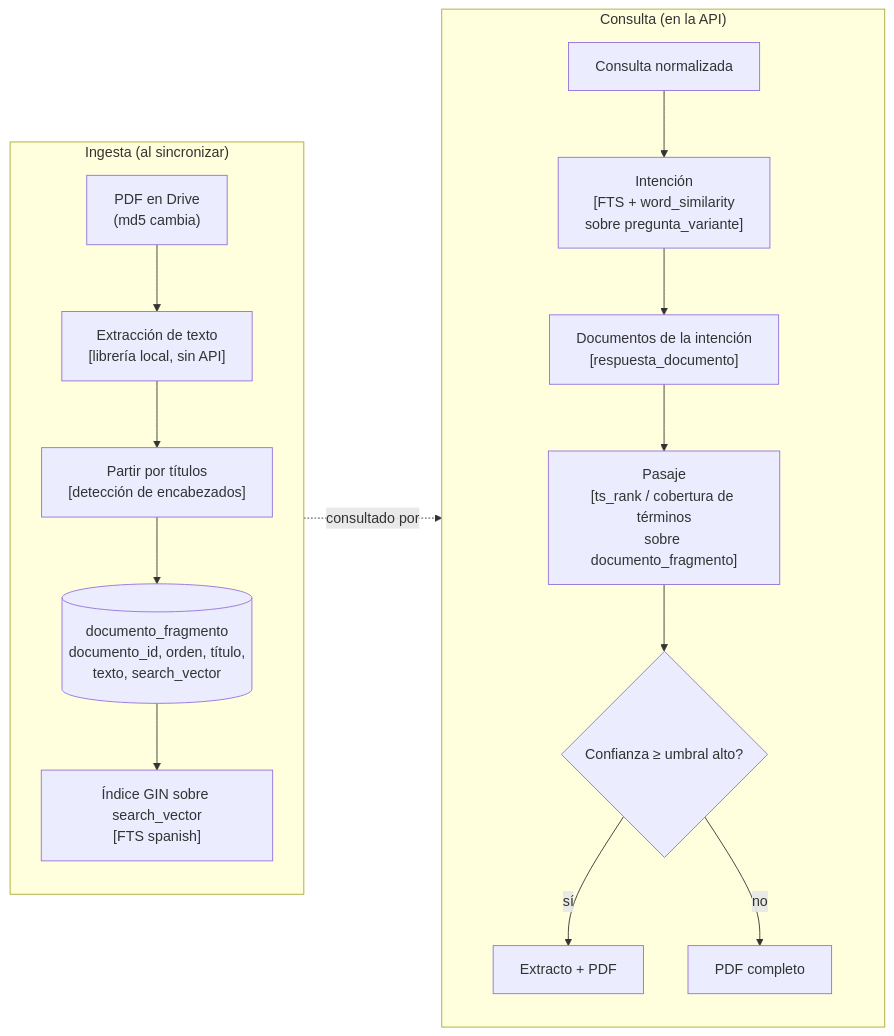
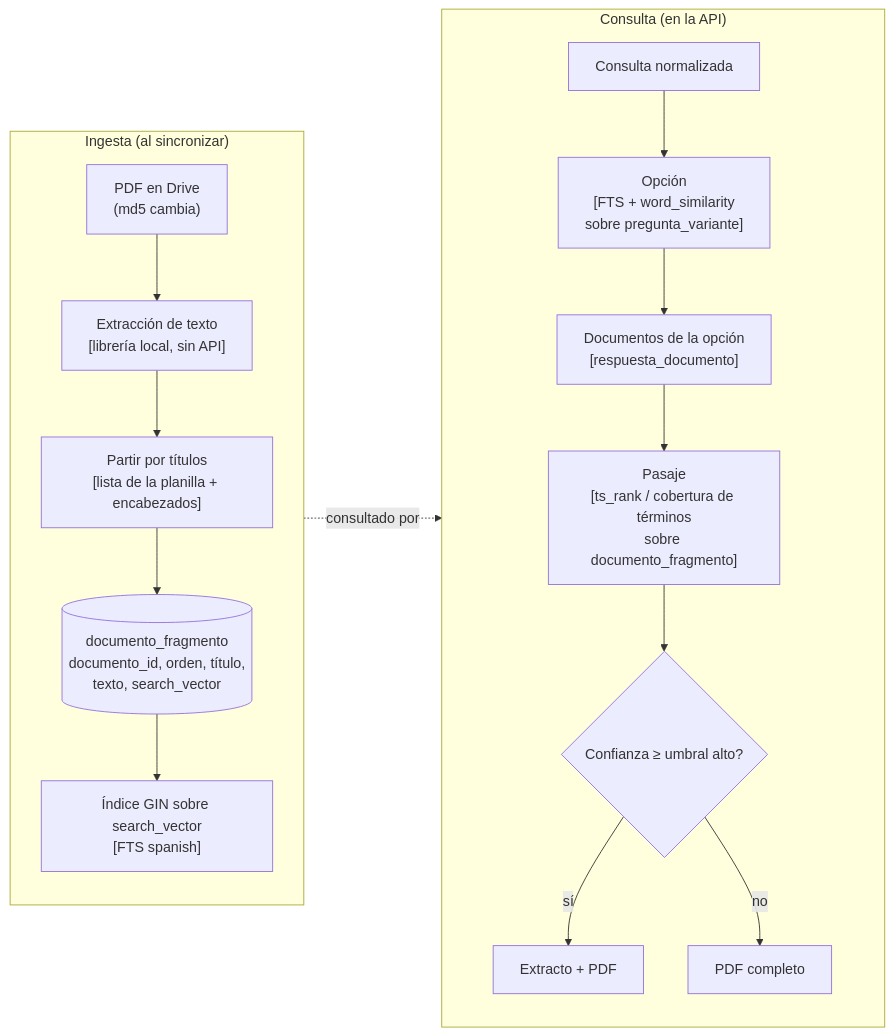
One commit to syntax-software-studio/chatbot-ifts29 changed the second of 2 diagrams in docs/desarrollo-e-integracion/08-extractos-de-documentos.md. Above: the diagram before and after it, drawn with Mermaid. The commit also changed other lines of this file and 11 other files, not shown here.

````diff
--- a/docs/desarrollo-e-integracion/08-extractos-de-documentos.md
+++ b/docs/desarrollo-e-integracion/08-extractos-de-documentos.md
@@ -49,22 +49,22 @@
 ```mermaid
 flowchart LR
     subgraph ING["Ingesta (al sincronizar)"]
         direction TB
         P1["PDF en Drive<br/>(md5 cambia)"] --> P2["Extracción de texto<br/>[librería local, sin API]"]
-        P2 --> P3["Partir por títulos<br/>[detección de encabezados]"]
+        P2 --> P3["Partir por títulos<br/>[lista de la planilla + encabezados]"]
         P3 --> P4[("documento_fragmento<br/>documento_id, orden, título,<br/>texto, search_vector")]
         P4 --> P5["Índice GIN sobre search_vector<br/>[FTS spanish]"]
     end
 
     subgraph QRY["Consulta (en la API)"]
         direction TB
-        Q1["Consulta normalizada"] --> Q2["Intención<br/>[FTS + word_similarity<br/>sobre pregunta_variante]"]
-        Q2 --> Q3["Documentos de la intención<br/>[respuesta_documento]"]
+        Q1["Consulta normalizada"] --> Q2["Opción<br/>[FTS + word_similarity<br/>sobre pregunta_variante]"]
+        Q2 --> Q3["Documentos de la opción<br/>[respuesta_documento]"]
         Q3 --> Q4["Pasaje<br/>[ts_rank / cobertura de términos<br/>sobre documento_fragmento]"]
         Q4 --> Q5{"Confianza ≥ umbral alto?"}
         Q5 -- "sí" --> Q6["Extracto + PDF"]
         Q5 -- "no" --> Q7["PDF completo"]
     end
 
     P4 -. "consultado por" .-> Q4
 ```
````
